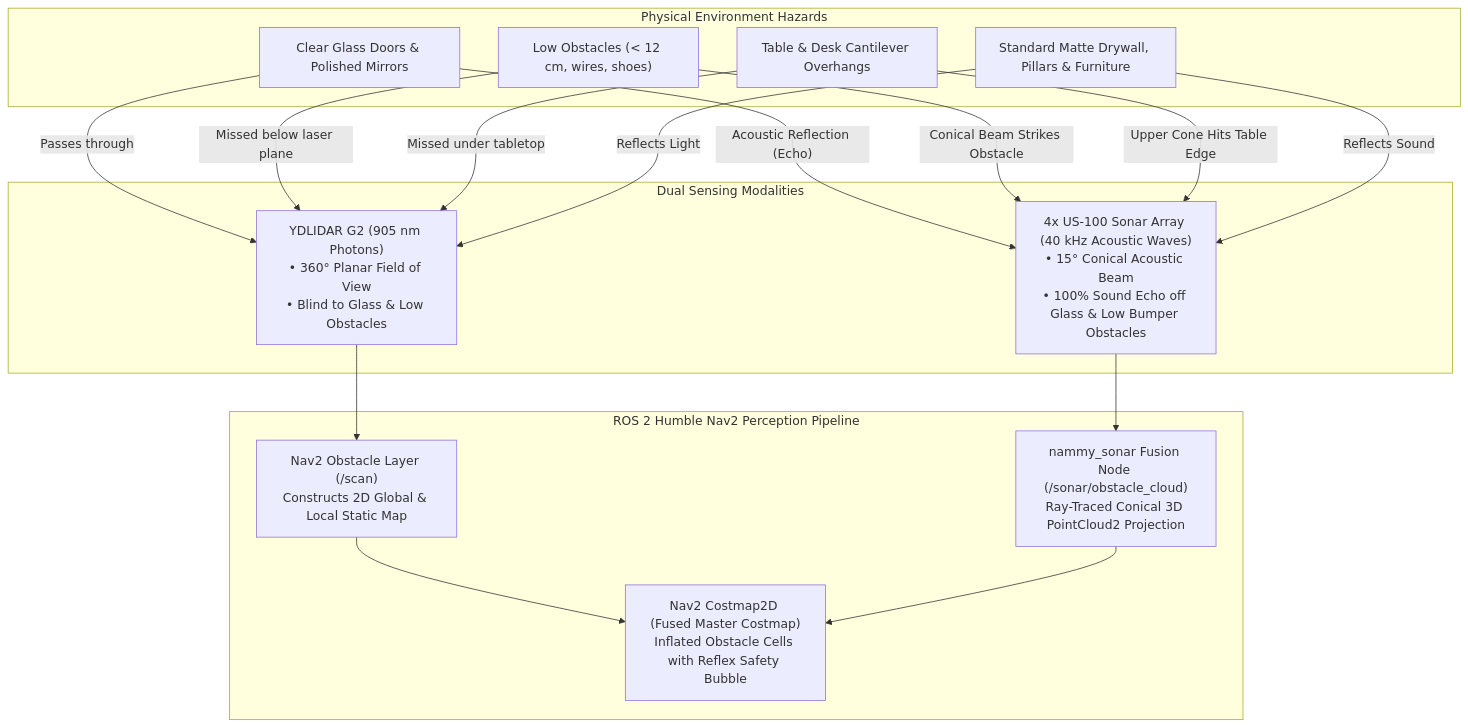
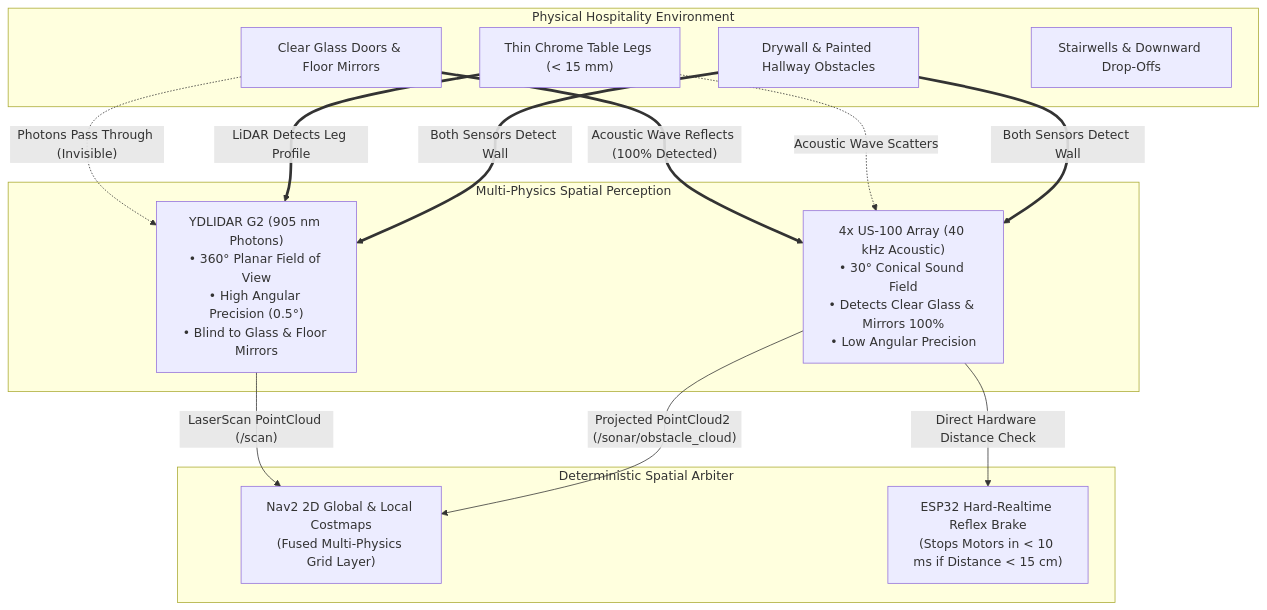
Before and after one commit to namanharshwal/Hotel_Serving_Robot: the fifth of 5 diagrams in README.md, drawn with Mermaid. The commit also changed other lines of this file, not shown here.

Commit message:
docs: Update comprehensive README with motor control derivations, firmware architecture, and SLAM mapping guide

````diff
--- a/README.md
+++ b/README.md
@@ -281,32 +316,29 @@
 ```mermaid
 flowchart TD
-    subgraph PHYSICAL_ENVIRONMENT ["Physical Environment Hazards"]
-        GLASS["Clear Glass Doors & Polished Mirrors"]
-        LOW_OBS["Low Obstacles (< 12 cm, wires, shoes)"]
-        OVERHANG["Table & Desk Cantilever Overhangs"]
-        WALLS["Standard Matte Drywall, Pillars & Furniture"]
+    subgraph ENVIRONMENT ["Physical Hospitality Environment"]
+        GLASS["Clear Glass Doors & Floor Mirrors"]
+        CHAIR["Thin Chrome Table Legs (< 15 mm)"]
+        WALL["Drywall & Painted Hallway Obstacles"]
+        DROP["Stairwells & Downward Drop-Offs"]
     end
 
-    subgraph SENSOR_PHYSICS ["Dual Sensing Modalities"]
-        LIDAR_S["YDLIDAR G2 (905 nm Photons)<br/>• 360° Planar Field of View<br/>• Blind to Glass & Low Obstacles"]
-        SONAR_S["4x US-100 Sonar Array (40 kHz Acoustic Waves)<br/>• 15° Conical Acoustic Beam<br/>• 100% Sound Echo off Glass & Low Bumper Obstacles"]
+    subgraph SENSORS ["Multi-Physics Spatial Perception"]
+        LIDAR_S["YDLIDAR G2 (905 nm Photons)<br/>• 360° Planar Field of View<br/>• High Angular Precision (0.5°)<br/>• Blind to Glass & Floor Mirrors"]
+        SONAR_S["4x US-100 Array (40 kHz Acoustic)<br/>• 30° Conical Sound Field<br/>• Detects Clear Glass & Mirrors 100%<br/>• Low Angular Precision"]
     end
 
-    subgraph ROS2_PROCESSING ["ROS 2 Humble Nav2 Perception Pipeline"]
-        LIDAR_LAYER["Nav2 Obstacle Layer (/scan)<br/>Constructs 2D Global & Local Static Map"]
-        SONAR_LAYER["nammy_sonar Fusion Node (/sonar/obstacle_cloud)<br/>Ray-Traced Conical 3D PointCloud2 Projection"]
-        COSTMAP["Nav2 Costmap2D (Fused Master Costmap)<br/>Inflated Obstacle Cells with Reflex Safety Bubble"]
+    subgraph FUSION ["Deterministic Spatial Arbiter"]
+        COSTMAP["Nav2 2D Global & Local Costmaps<br/>(Fused Multi-Physics Grid Layer)"]
+        REFLEX_STOP["ESP32 Hard-Realtime Reflex Brake<br/>(Stops Motors in < 10 ms if Distance < 15 cm)"]
     end
 
-    GLASS -->|Passes through| LIDAR_S
-    GLASS -->|"Acoustic Reflection (Echo)"| SONAR_S
-    LOW_OBS -->|Missed below laser plane| LIDAR_S
-    LOW_OBS -->|"Conical Beam Strikes Obstacle"| SONAR_S
-    OVERHANG -->|Missed under tabletop| LIDAR_S
-    OVERHANG -->|"Upper Cone Hits Table Edge"| SONAR_S
-    WALLS -->|"Reflects Light"| LIDAR_S
-    WALLS -->|"Reflects Sound"| SONAR_S
+    GLASS -.->|"Photons Pass Through (Invisible)"| LIDAR_S
+    GLASS ==>|"Acoustic Wave Reflects (100% Detected)"| SONAR_S
+    CHAIR ==>|"LiDAR Detects Leg Profile"| LIDAR_S
+    CHAIR -.->|"Acoustic Wave Scatters"| SONAR_S
+    WALL ==>|"Both Sensors Detect Wall"| LIDAR_S & SONAR_S
 
-    LIDAR_S --> LIDAR_LAYER --> COSTMAP
-    SONAR_S --> SONAR_LAYER --> COSTMAP
+    LIDAR_S -->|"LaserScan PointCloud (/scan)"| COSTMAP
+    SONAR_S -->|"Projected PointCloud2 (/sonar/obstacle_cloud)"| COSTMAP
+    SONAR_S -->|"Direct Hardware Distance Check"| REFLEX_STOP
 ```
````
